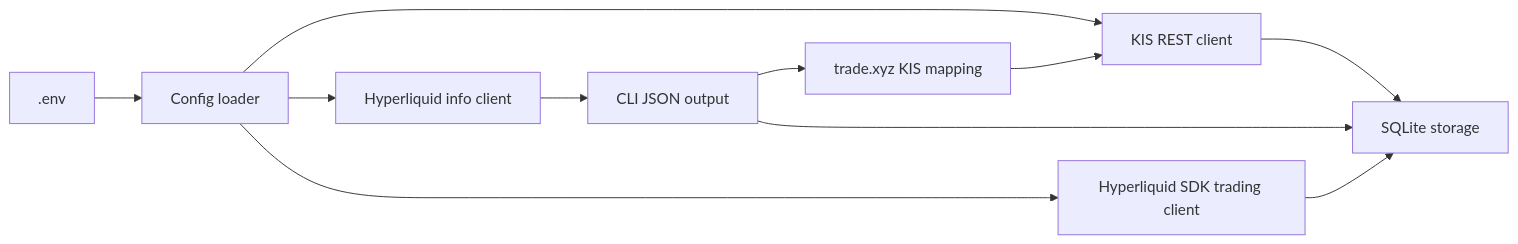
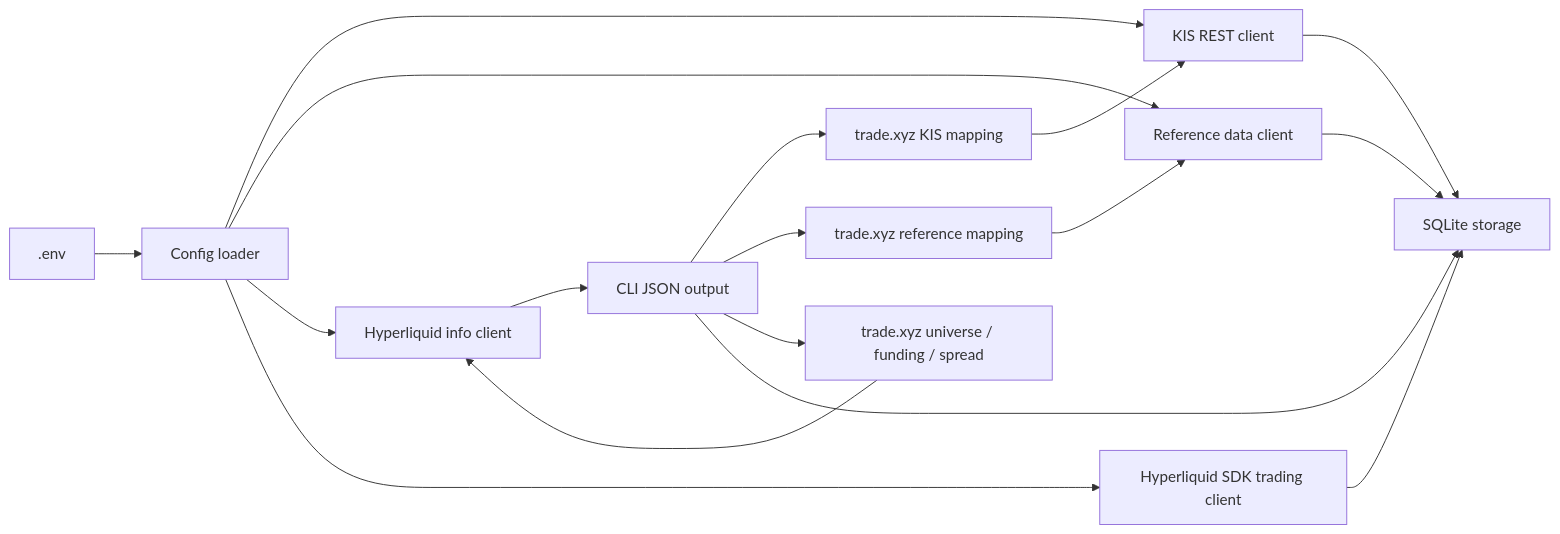
One commit to hwanjjang/kis-hl-trading-system changed the diagram in docs/architecture.md. Above: the diagram before and after it, drawn with Mermaid. The commit also changed other lines of this file and 48 other files, not shown here.

First line of the commit message:
Build trade.xyz market data and trading guardrails

````diff
--- a/docs/architecture.md
+++ b/docs/architecture.md
@@ -34,13 +60,19 @@
 ```mermaid
 flowchart LR
   Env[".env"] --> Config["Config loader"]
   Config --> KIS["KIS REST client"]
+  Config --> RefData["Reference data client"]
   Config --> HLInfo["Hyperliquid info client"]
   Config --> HLTrade["Hyperliquid SDK trading client"]
   KIS --> SQLite["SQLite storage"]
+  RefData --> SQLite
   HLInfo --> CLI["CLI JSON output"]
   HLTrade --> SQLite
   CLI --> KISMap["trade.xyz KIS mapping"]
   KISMap --> KIS
+  CLI --> RefMap["trade.xyz reference mapping"]
+  RefMap --> RefData
+  CLI --> XYZMarket["trade.xyz universe / funding / spread"]
+  XYZMarket --> HLInfo
   CLI --> SQLite
 ```
````
